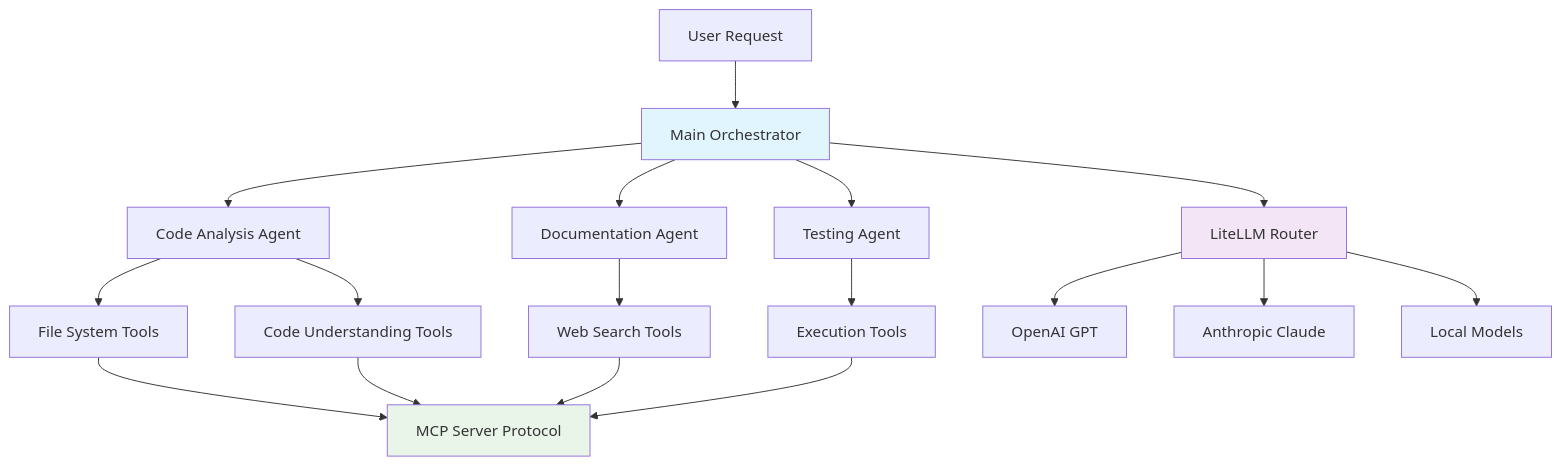
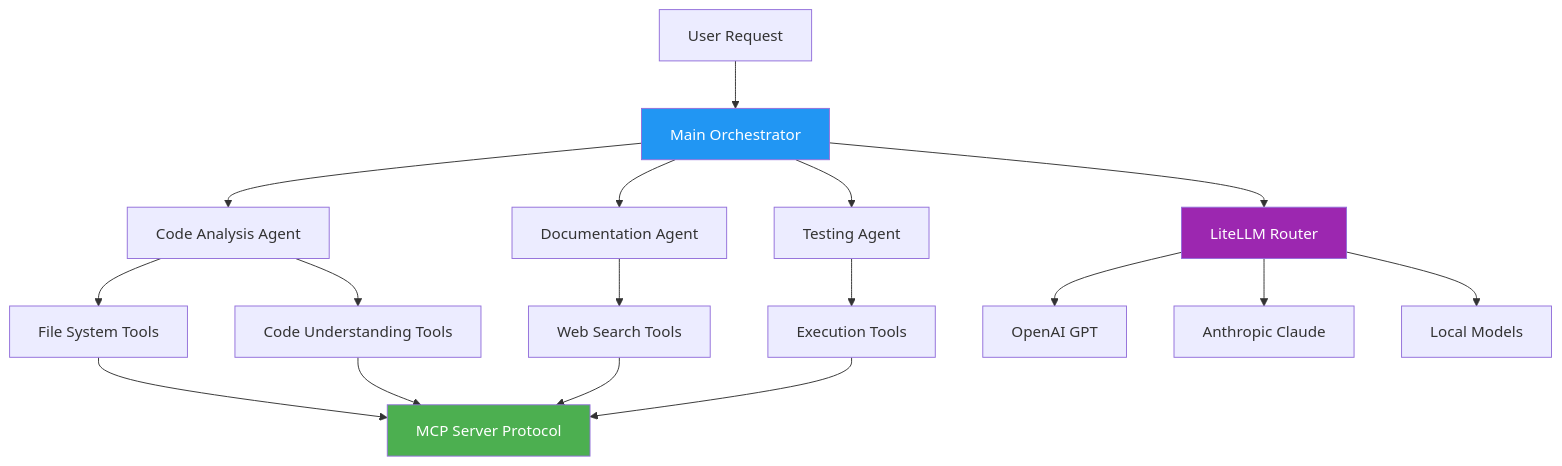
The third of 17 diagrams in docs-content/01_frameworks/Session1_ModuleD_Coding_Assistant_Case_Study.md (fwornle/agentic-ai-nano), drawn with Mermaid before and after one commit. The commit also changed other lines of this file, not shown here.

Commit message:
docs: review Option D, styling (mermaid)

````diff
--- a/docs-content/01_frameworks/Session1_ModuleD_Coding_Assistant_Case_Study.md
+++ b/docs-content/01_frameworks/Session1_ModuleD_Coding_Assistant_Case_Study.md
@@ -154,26 +154,26 @@
 ```mermaid
 graph TD
     U[User Request] --> O[Main Orchestrator]
     O --> A1[Code Analysis Agent]
     O --> A2[Documentation Agent]  
     O --> A3[Testing Agent]
     
     A1 --> T1[File System Tools]
     A1 --> T2[Code Understanding Tools]
     A2 --> T3[Web Search Tools]
     A3 --> T4[Execution Tools]
     
     T1 --> MCP[MCP Server Protocol]
     T2 --> MCP
     T3 --> MCP
     T4 --> MCP
     
     O --> LLM[LiteLLM Router]
     LLM --> GP[OpenAI GPT]
     LLM --> CL[Anthropic Claude]
     LLM --> LO[Local Models]
     
-    style O fill:#e1f5fe
-    style LLM fill:#f3e5f5
-    style MCP fill:#e8f5e8
+    style O fill:#2196F3,color:#ffffff
+    style LLM fill:#9C27B0,color:#ffffff
+    style MCP fill:#4CAF50,color:#ffffff
 ```
````
